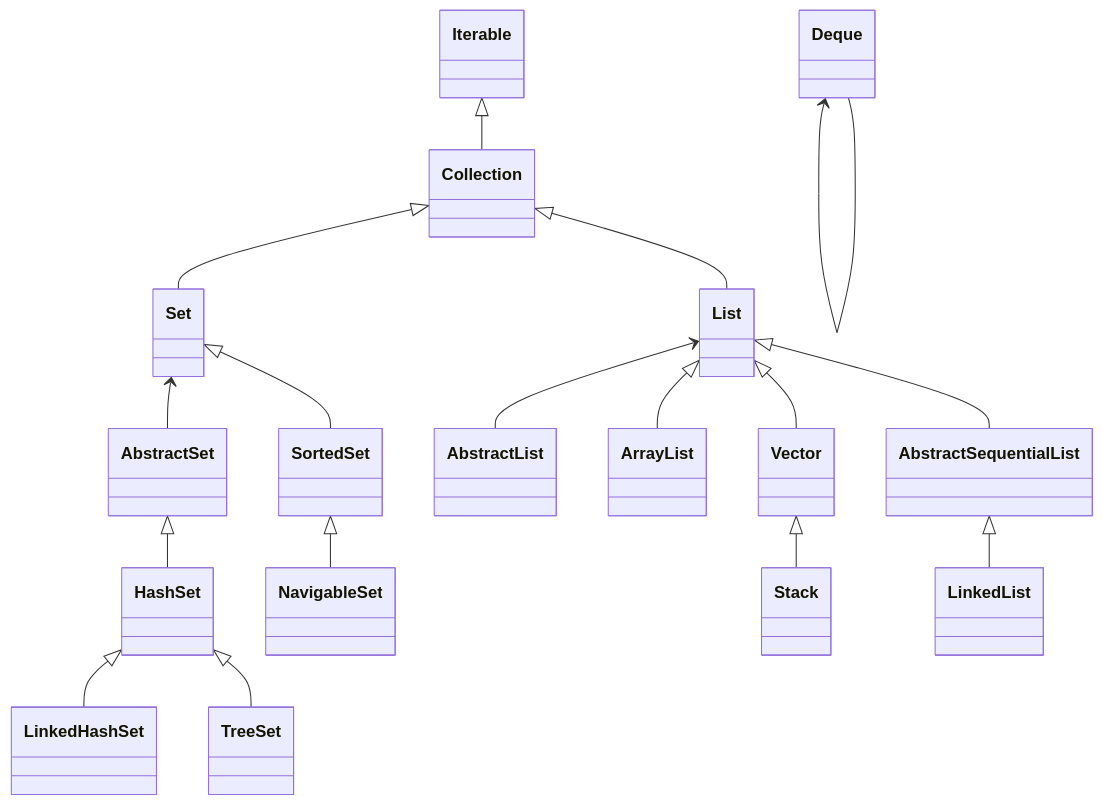
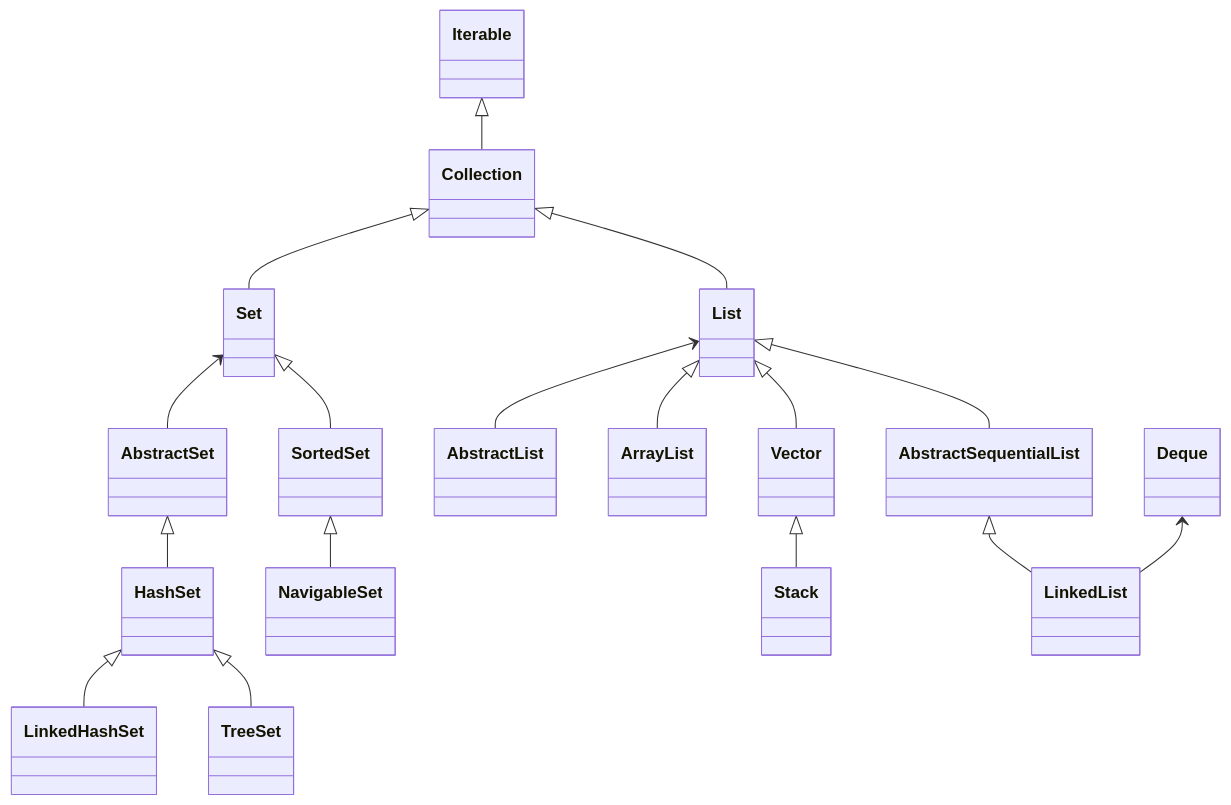
One commit to 1sonjm/1sonjm.github.io changed the diagram in _posts/develop/scripting_language/java/2019-02-20-java-collection.md. Above: the diagram before and after it, drawn with Mermaid. The commit also changed other lines of this file, not shown here.

````diff
--- a/_posts/develop/scripting_language/java/2019-02-20-java-collection.md
+++ b/_posts/develop/scripting_language/java/2019-02-20-java-collection.md
@@ -14,26 +14,26 @@
 ```mermaid
 classDiagram
 Iterable <|-- Collection
 Collection <|-- Set
 Set <-- AbstractSet
 AbstractSet <|-- HashSet
 HashSet <|-- LinkedHashSet
 Set <|-- SortedSet
 SortedSet <|-- NavigableSet
 HashSet <|-- TreeSet
 
 Collection <|-- List
 List <-- AbstractList
 List <|-- ArrayList
 List <|-- Vector
 Vector <|-- Stack
 List <|-- AbstractSequentialList
 AbstractSequentialList <|-- LinkedList
-Deque <-- Deque
+Deque <-- LinkedList
 Iterable: <interface>
 Collection: <interface>
 List: <interface>
 Set: <interface>
 SortedSet: <interface>
 NavigableSet: <interface>
 ```
````
